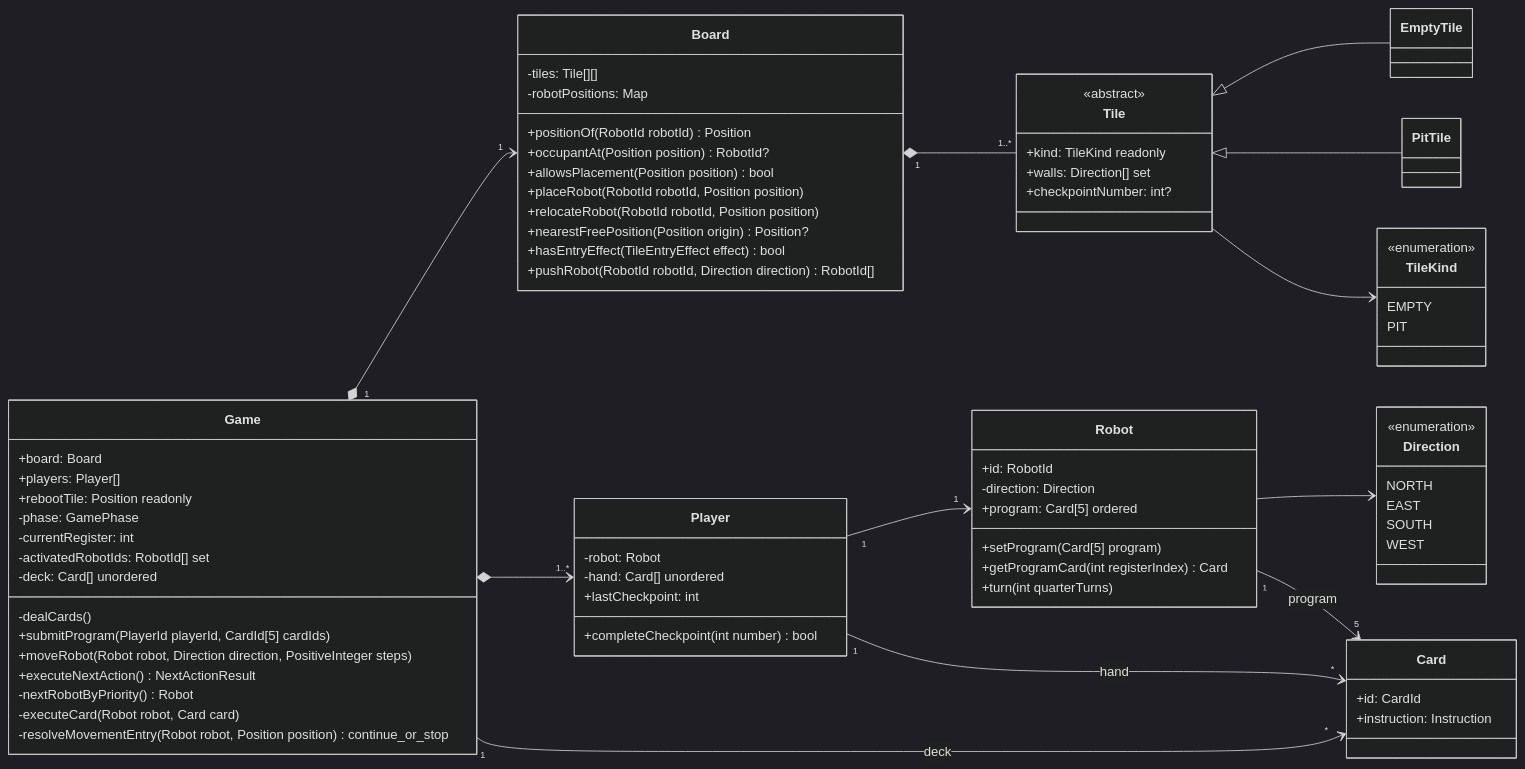
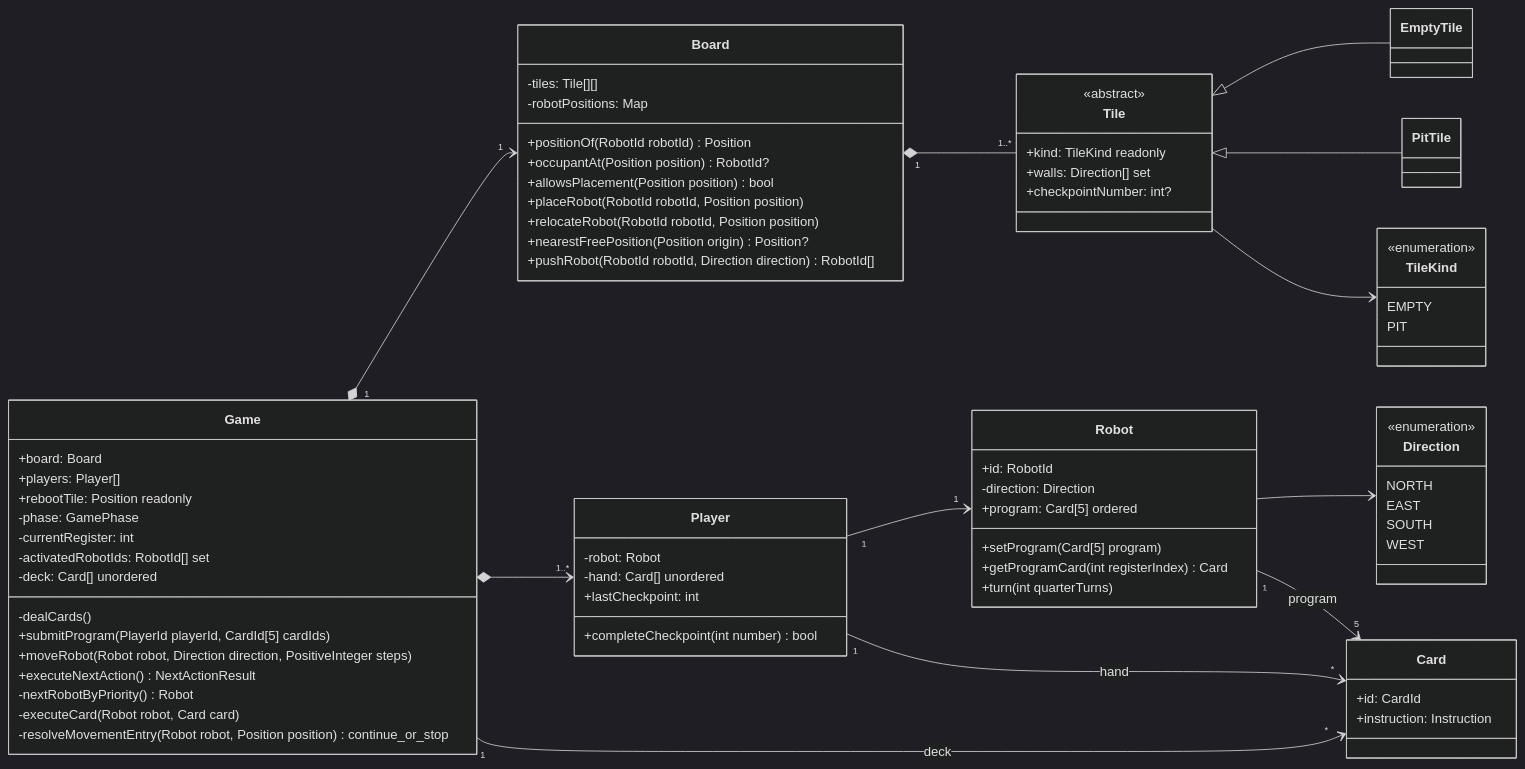
One commit to hananinas/RoboRally changed the diagram in docs/game_model_UML.md. Above: the diagram before and after it, drawn with Mermaid (dark theme). The commit also changed 3 other files, not shown here.

Commit message:
refactor(board): remove unused entry-effect query

```diff
--- a/docs/game_model_UML.md
+++ b/docs/game_model_UML.md
@@ -31,7 +31,6 @@
         +placeRobot(RobotId robotId, Position position)
         +relocateRobot(RobotId robotId, Position position)
         +nearestFreePosition(Position origin) Position?
-        +hasEntryEffect(TileEntryEffect effect) bool
         +pushRobot(RobotId robotId, Direction direction) RobotId[]
         }
 
```
